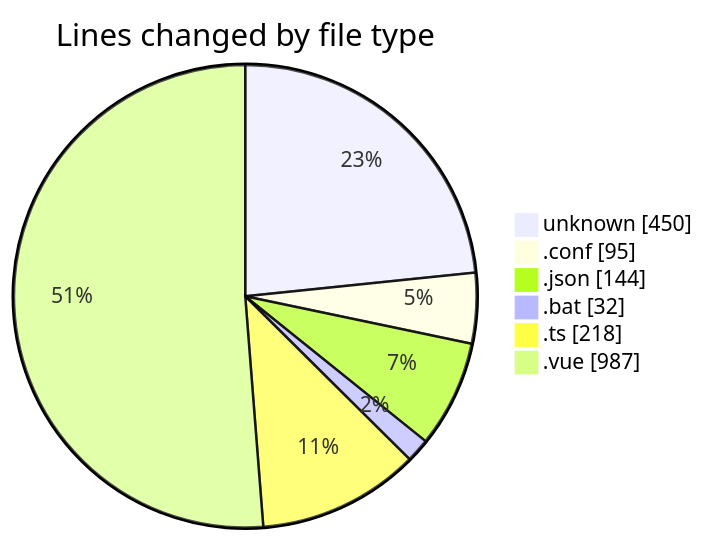
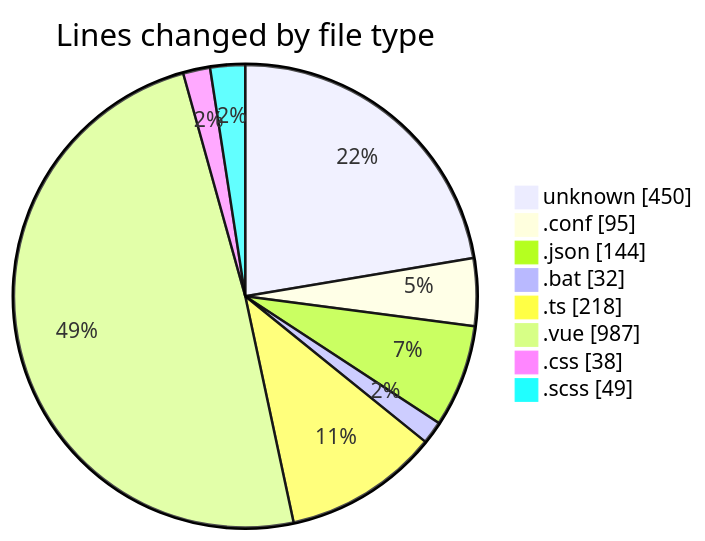
One commit to lephambinh05/code-tracking changed the first of 2 diagrams in 2025-07-12/shopaccv1/README.md. Above: the diagram before and after it, drawn with Mermaid. The commit also changed other lines of this file and 1 other file, not shown here.

````diff
--- a/2025-07-12/shopaccv1/README.md
+++ b/2025-07-12/shopaccv1/README.md
@@ -36,10 +38,12 @@
 ```mermaid
 pie showData
 title Lines changed by file type
 "unknown" : 450
 ".conf" : 95
 ".json" : 144
 ".bat" : 32
 ".ts" : 218
 ".vue" : 987
+".css" : 38
+".scss" : 49
 ```
````
